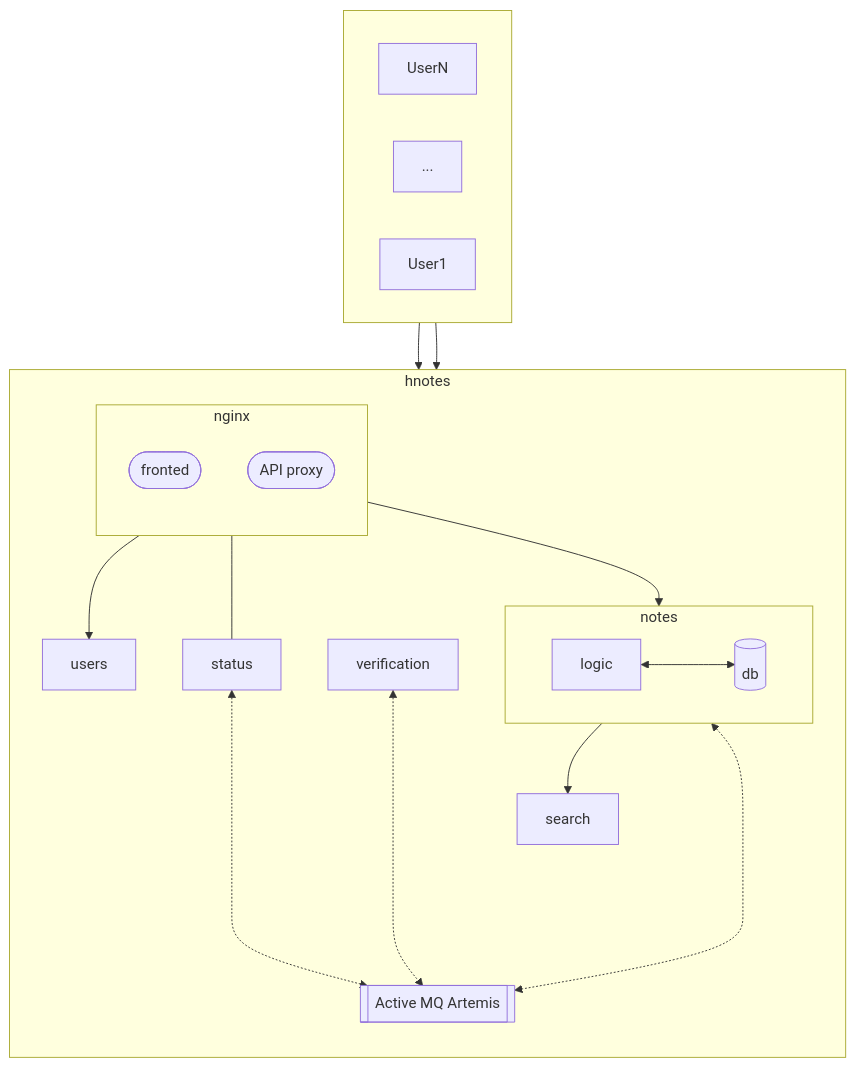
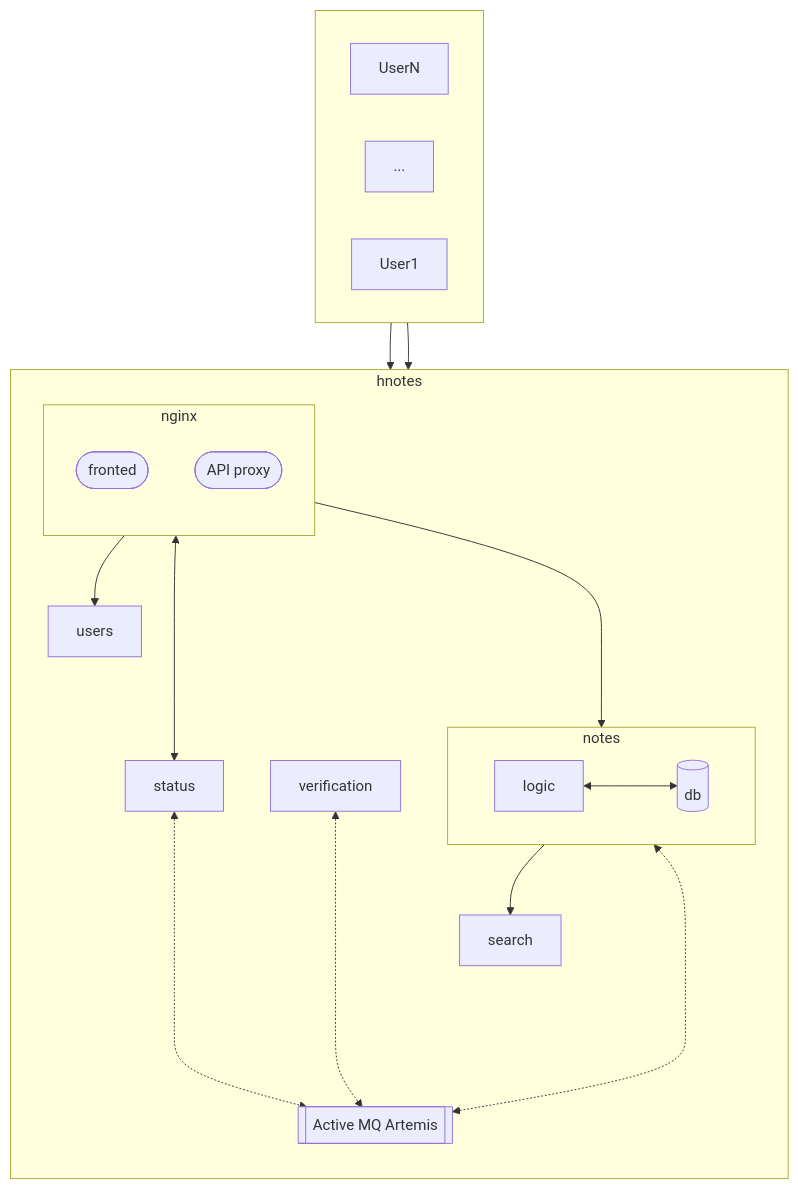
Before and after one commit to mateusz-holenko/hnotes: the diagram in README.md, drawn with Mermaid. The commit also changed other lines of this file, not shown here.

````diff
--- a/README.md
+++ b/README.md
@@ -20,50 +20,50 @@
 ```mermaid
 
 flowchart TB
   direction TB
   subgraph WORLD[" "]
     direction LR
     UN["UserN"]
     U2["..."]
     U1["User1"]
   end
   subgraph HN["hnotes"]
     direction TB
     subgraph NG["nginx"]
         direction TB
         FR(["fronted"])
         API(["API proxy"])
     end
     US["users"]
     ST["status"]
     VE["verification"]
     SE["search"]
     subgraph SB_NO["notes"]
         direction LR
         NO["logic"] <--> db[("db")]
     end
 
     BR[["Active MQ Artemis"]]
 
     API --> NO
     API --> US
 
     SB_NO --> SE
     
     SB_NO <-...-> BR
     VE <-...-> BR
     ST <-...-> BR 
    end
 
   U1 --> NG
   UN --> NG
-  NG --- ST
+  NG <---> ST
 
   click FR "https://github.com/mateusz-holenko/hnotes/tree/readme?tab=readme-ov-file#frontend-application" "Frontend application"
   click NO "https://github.com/mateusz-holenko/hnotes/tree/readme?tab=readme-ov-file#notes-service" "Notes Service"
   click US "https://github.com/mateusz-holenko/hnotes/tree/readme?tab=readme-ov-file#users-service" "Users Service"
   click ST "https://github.com/mateusz-holenko/hnotes/tree/readme?tab=readme-ov-file#status-service" "Status Service"
   click VE "https://github.com/mateusz-holenko/hnotes/tree/readme?tab=readme-ov-file#verification-service" "Verification Service"
   click BR "https://github.com/mateusz-holenko/hnotes/tree/readme?tab=readme-ov-file#message-broker" "Message Broker"
   click SE "https://github.com/mateusz-holenko/hnotes/tree/readme?tab=readme-ov-file#search-service" "Search Service"
 ```
````
